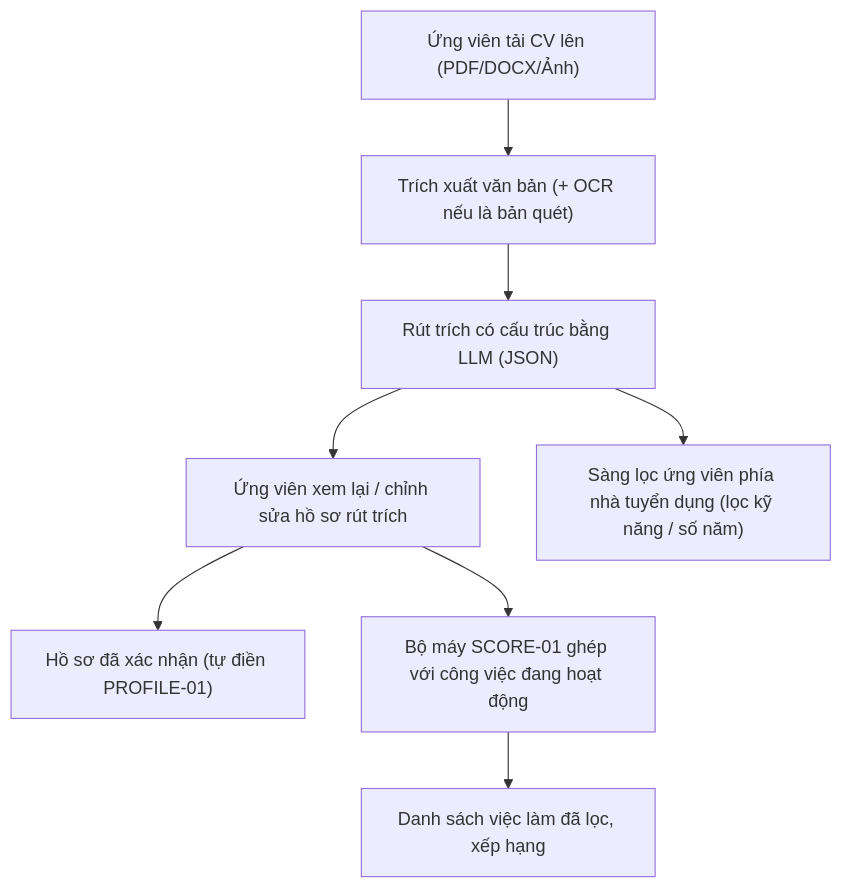
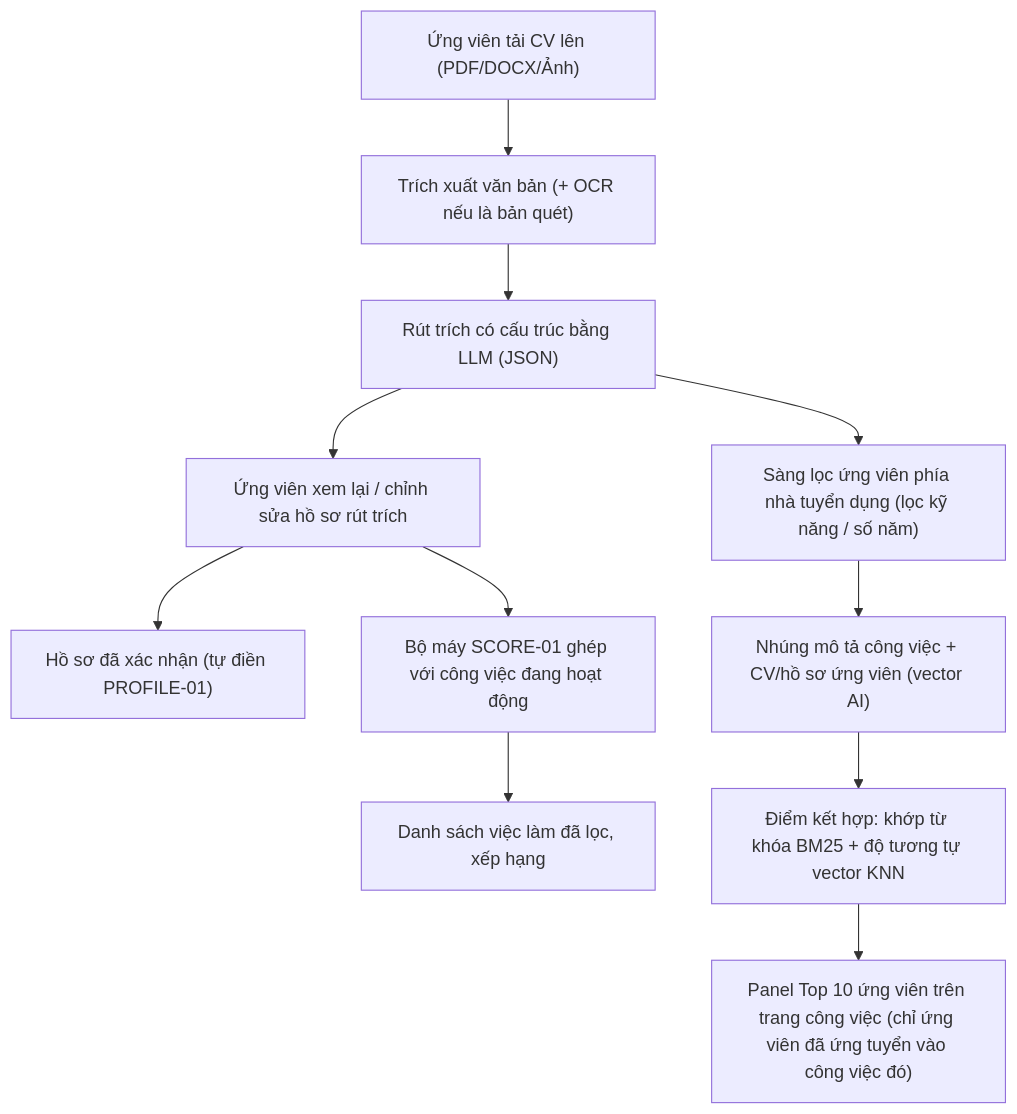
The seventh of 7 diagrams in docs/srs/vi/5-nice-to-have-fr.vi.md (dut-pbl6-2026/job-platform-docs), drawn with Mermaid before and after one commit. The commit also changed other lines of this file and 5 other files, not shown here.

First line of the commit message:
docs(ai): supplement SCREEN-01 with hybrid top-candidates panel (BM25 + KNN)

````diff
--- a/docs/srs/vi/5-nice-to-have-fr.vi.md
+++ b/docs/srs/vi/5-nice-to-have-fr.vi.md
@@ -608,10 +610,13 @@
 ```mermaid
 flowchart TB
     Upload["Ứng viên tải CV lên (PDF/DOCX/Ảnh)"] --> Extract["Trích xuất văn bản (+ OCR nếu là bản quét)"]
     Extract --> LLM["Rút trích có cấu trúc bằng LLM (JSON)"]
     LLM --> Review["Ứng viên xem lại / chỉnh sửa hồ sơ rút trích"]
     Review --> Save["Hồ sơ đã xác nhận (tự điền PROFILE-01)"]
     Review --> Match["Bộ máy SCORE-01 ghép với công việc đang hoạt động"]
     Match --> Jobs["Danh sách việc làm đã lọc, xếp hạng"]
     LLM --> Screen["Sàng lọc ứng viên phía nhà tuyển dụng (lọc kỹ năng / số năm)"]
+    Screen --> Embed["Nhúng mô tả công việc + CV/hồ sơ ứng viên (vector AI)"]
+    Embed --> Hybrid["Điểm kết hợp: khớp từ khóa BM25 + độ tương tự vector KNN"]
+    Hybrid --> Top10["Panel Top 10 ứng viên trên trang công việc (chỉ ứng viên đã ứng tuyển vào công việc đó)"]
 ```
````
